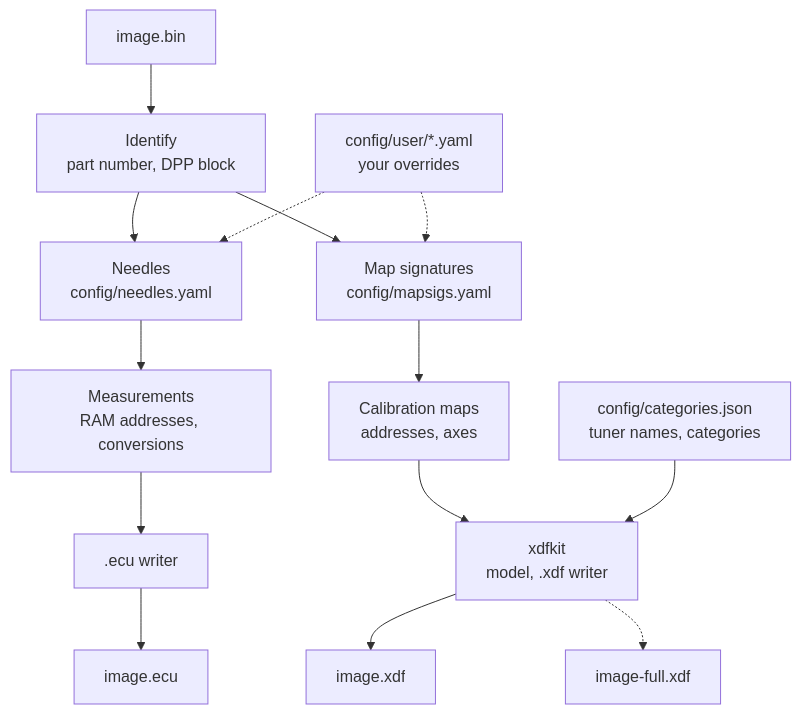
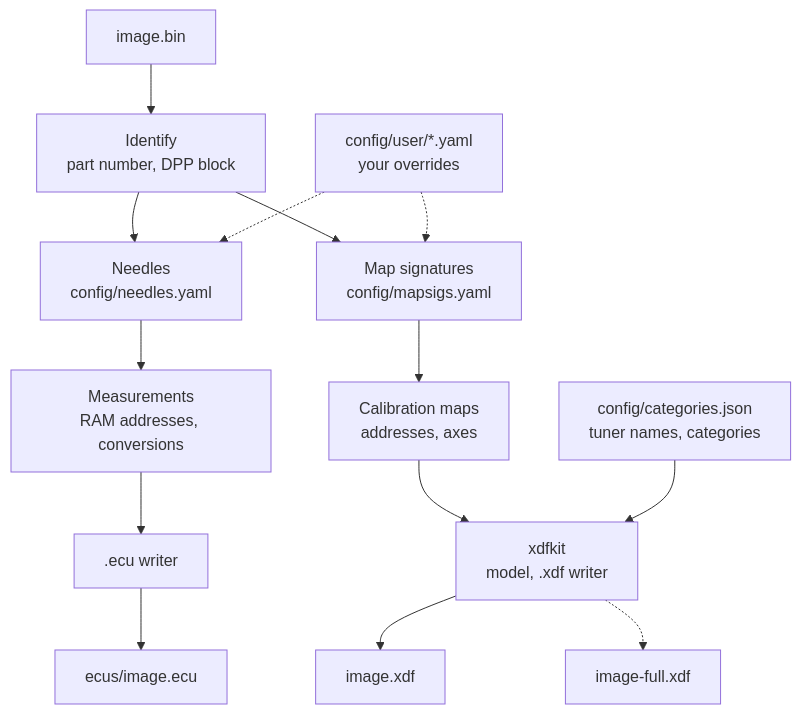
Before and after one commit to nyetlabs/me7-logger: the second of 4 diagrams in README.md, drawn with Mermaid. The commit also changed other lines of this file and 3 other files, not shown here.

First line of the commit message:
feat: default the ecu file to ecus/

````diff
--- a/README.md
+++ b/README.md
@@ -42,15 +42,15 @@
 ```mermaid
 flowchart TD
   bin[image.bin] --> id["Identify<br/>part number, DPP block"]
   id --> needles["Needles<br/>config/needles.yaml"]
   id --> sigs["Map signatures<br/>config/mapsigs.yaml"]
   user["config/user/*.yaml<br/>your overrides"] -.-> needles
   user -.-> sigs
   needles --> items["Measurements<br/>RAM addresses, conversions"]
   sigs --> maps["Calibration maps<br/>addresses, axes"]
-  items --> ecuw[".ecu writer"] --> ecufile[image.ecu]
+  items --> ecuw[".ecu writer"] --> ecufile[ecus/image.ecu]
   maps --> xdfw["xdfkit<br/>model, .xdf writer"]
   cats["config/categories.json<br/>tuner names, categories"] --> xdfw
   xdfw --> xdf[image.xdf]
   xdfw -.-> full[image-full.xdf]
 ```
````
